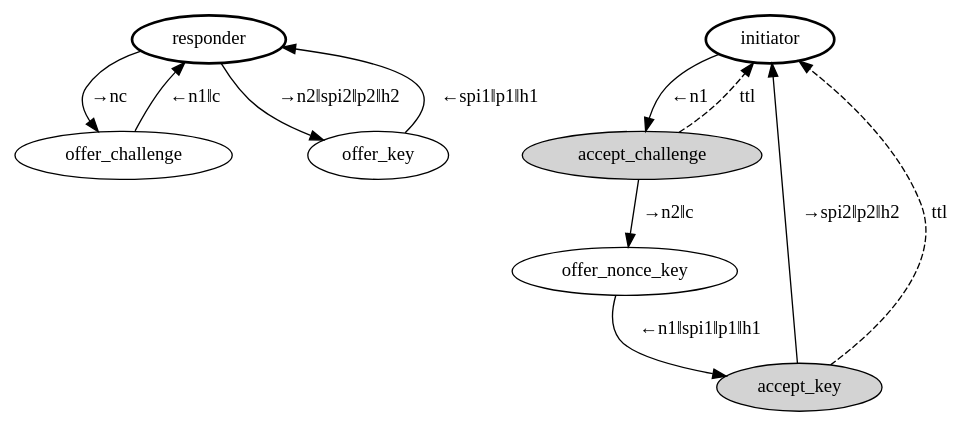
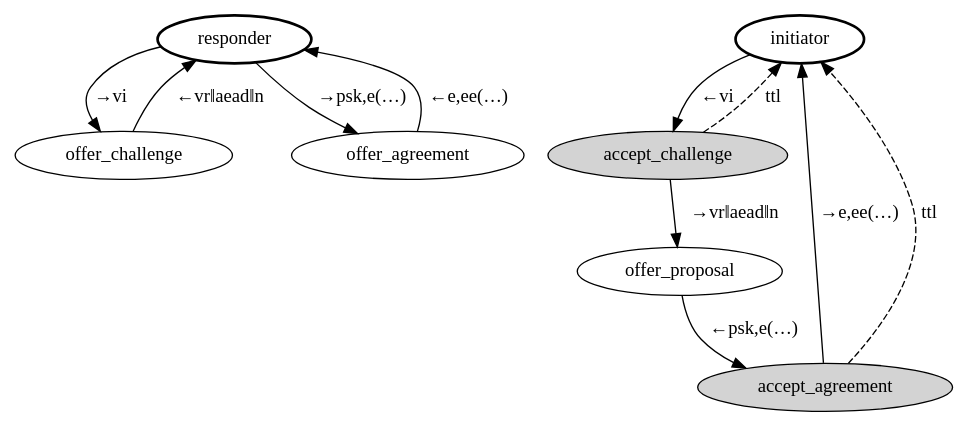
One commit to inters/snabb changed the diagram in src/program/vita/fsm-protocol.dot. Above: the diagram before and after it, drawn with Graphviz. The commit also changed 1 other file, not shown here.

Commit message:
vita/fsm-protocol.*: update AKE fsm diagrams to reflect vita-ske4

```diff
--- a/src/program/vita/fsm-protocol.dot
+++ b/src/program/vita/fsm-protocol.dot
@@ -1,24 +1,24 @@
 digraph VitaAKE {
 	subgraph responder {
 		responder [style=bold]
 	        offer_challenge
-	       	offer_key
+	       	offer_agreement
 	}
-        responder -> offer_challenge [label="→nc "]
-        offer_challenge -> responder [label="←n1‖c "]
-	responder -> offer_key [label="→n2‖spi2‖p2‖h2 "]
-	offer_key -> responder [label="←spi1‖p1‖h1 "]
+        responder -> offer_challenge [label="→vi "]
+        offer_challenge -> responder [label="←vr‖aead‖n "]
+	responder -> offer_agreement [label="→psk,e(…) "]
+	offer_agreement -> responder [label="←e,ee(…) "]
 
 	subgraph initiator {
 		initiator [style=bold]
 		accept_challenge [style=filled]
-		offer_nonce_key
-		accept_key [style=filled]
+		offer_proposal
+		accept_agreement [style=filled]
 	}
-	initiator -> accept_challenge [label="←n1 "]
-	accept_challenge -> offer_nonce_key [label="→n2‖c "]
+	initiator -> accept_challenge [label="←vi "]
+	accept_challenge -> offer_proposal [label="→vr‖aead‖n "]
 	accept_challenge-> initiator [label="ttl " style=dashed]
-	offer_nonce_key -> accept_key [label="←n1‖spi1‖p1‖h1 "]
-	accept_key -> initiator [label="→spi2‖p2‖h2 "]
-	accept_key -> initiator [label="ttl " style=dashed]
+	offer_proposal -> accept_agreement [label="←psk,e(…) "]
+	accept_agreement -> initiator [label="→e,ee(…) "]
+	accept_agreement -> initiator [label="ttl " style=dashed]
 }
```
